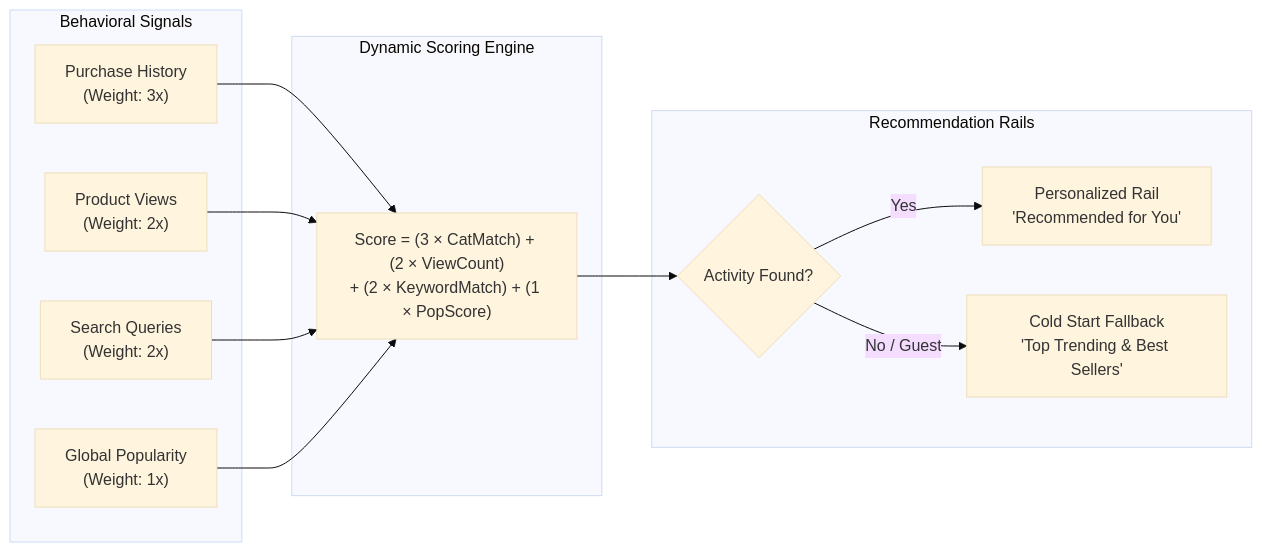
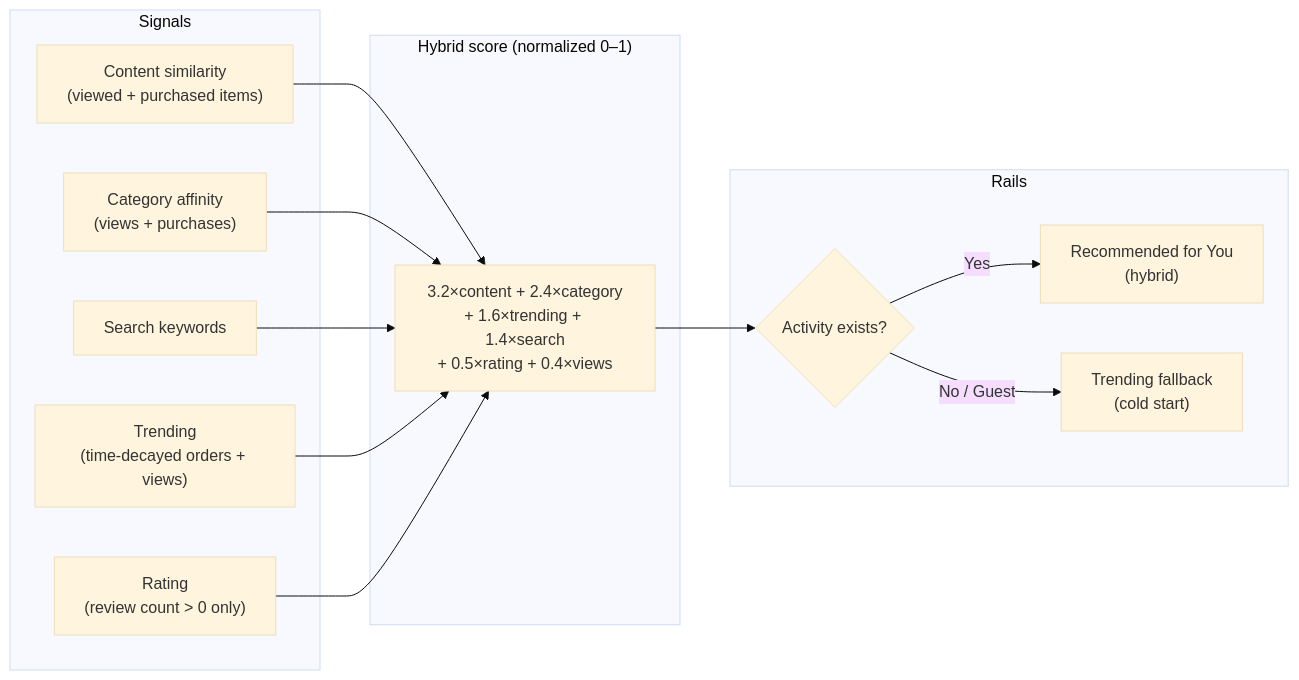
The fourth of 5 diagrams in README.md (Trilochan77/E-commerce), drawn with Mermaid (base theme) before and after one commit. The commit also changed other lines of this file and 9 other files, not shown here.

Commit message:
feat: implement smart recommendation service and endpoints with explainable hybrid scoring

````diff
--- a/README.md
+++ b/README.md
@@ -170,27 +170,29 @@
 ```mermaid
 flowchart LR
-    subgraph Inputs ["Behavioral Signals"]
-        P["Purchase History<br/>(Weight: 3x)"]
-        V["Product Views<br/>(Weight: 2x)"]
-        S["Search Queries<br/>(Weight: 2x)"]
-        Pop["Global Popularity<br/>(Weight: 1x)"]
+    subgraph Inputs ["Signals"]
+        CB["Content similarity<br/>(viewed + purchased items)"]
+        CA["Category affinity<br/>(views + purchases)"]
+        SK["Search keywords"]
+        TR["Trending<br/>(time-decayed orders + views)"]
+        RT["Rating<br/>(review count > 0 only)"]
     end
 
-    subgraph Formula ["Dynamic Scoring Engine"]
-        Calc["Score = (3 × CatMatch) + (2 × ViewCount)<br/>+ (2 × KeywordMatch) + (1 × PopScore)"]
+    subgraph Formula ["Hybrid score (normalized 0–1)"]
+        Calc["3.2×content + 2.4×category<br/>+ 1.6×trending + 1.4×search<br/>+ 0.5×rating + 0.4×views"]
     end
 
-    subgraph Output ["Recommendation Rails"]
-        ActiveUser{"Activity Found?"}
-        Ranked["Personalized Rail<br/>'Recommended for You'"]
-        ColdStart["Cold Start Fallback<br/>'Top Trending & Best Sellers'"]
+    subgraph Output ["Rails"]
+        Active{"Activity exists?"}
+        Ranked["Recommended for You<br/>(hybrid)"]
+        Cold["Trending fallback<br/>(cold start)"]
     end
 
-    P --> Calc
-    V --> Calc
-    S --> Calc
-    Pop --> Calc
-    Calc --> ActiveUser
-    ActiveUser -->|Yes| Ranked
-    ActiveUser -->|No / Guest| ColdStart
+    CB --> Calc
+    CA --> Calc
+    SK --> Calc
+    TR --> Calc
+    RT --> Calc
+    Calc --> Active
+    Active -->|Yes| Ranked
+    Active -->|No / Guest| Cold
 ```
````
